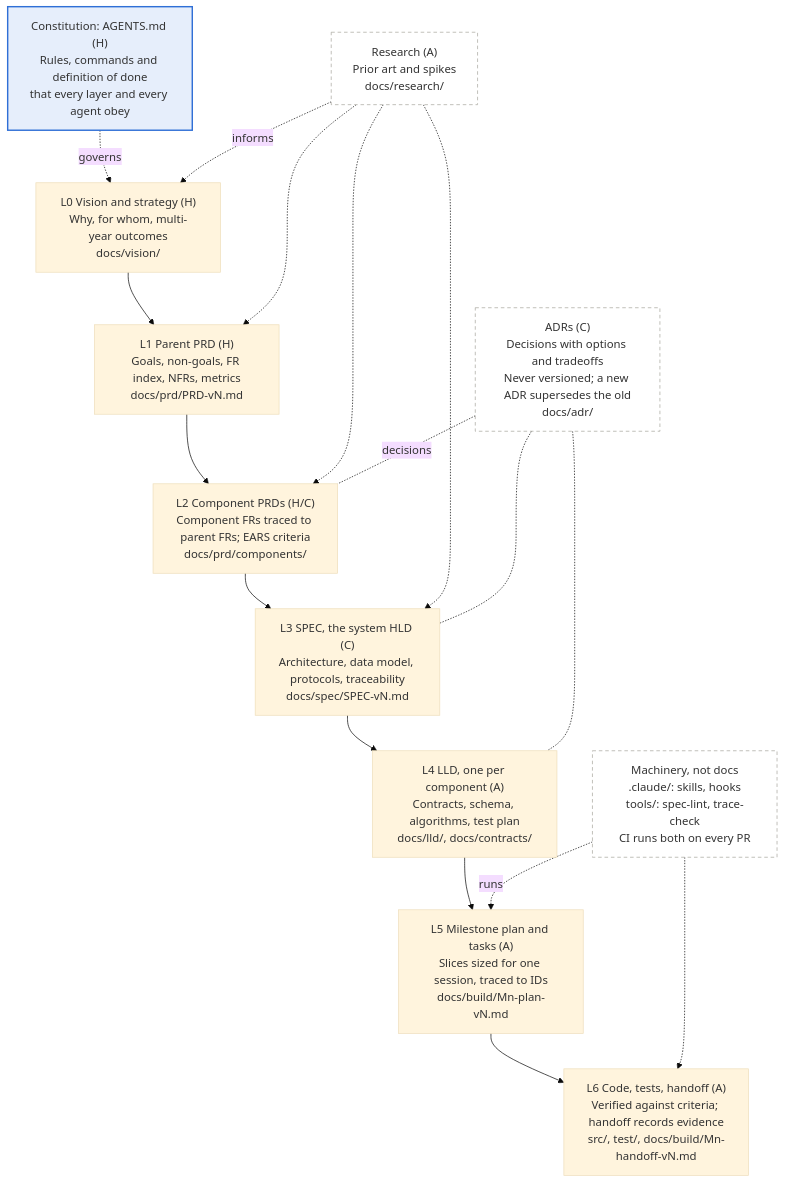
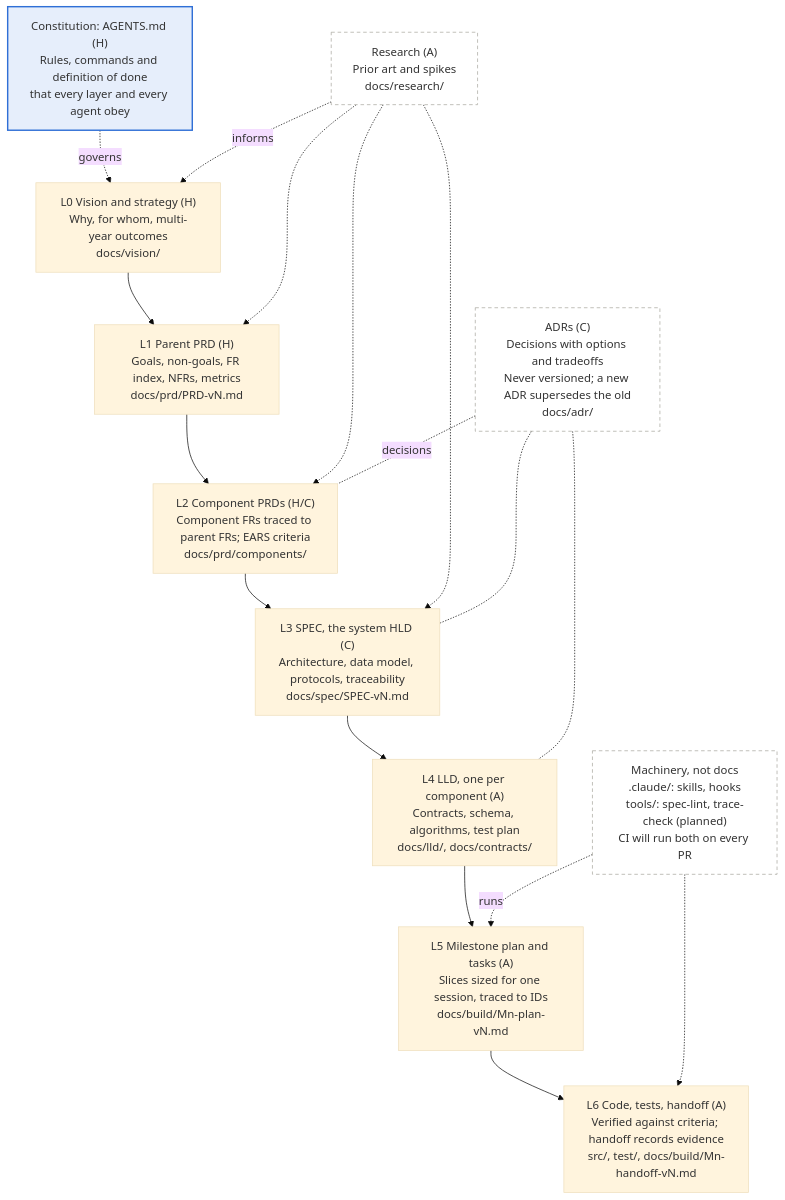
Before and after one commit to kennylhilljr/ctxd: the first of 2 diagrams in docs/standards/spec-driven-development-v1.md, drawn with Mermaid (base theme). The commit also changed other lines of this file and 40 other files, not shown here.

````diff
--- a/docs/standards/spec-driven-development-v1.md
+++ b/docs/standards/spec-driven-development-v1.md
@@ -38,36 +38,36 @@
 ```mermaid
 flowchart TB
     CON["Constitution: AGENTS.md (H)<br/>Rules, commands and definition of done<br/>that every layer and every agent obey"]
 
     L0["L0 Vision and strategy (H)<br/>Why, for whom, multi-year outcomes<br/>docs/vision/"]
     L1["L1 Parent PRD (H)<br/>Goals, non-goals, FR index, NFRs, metrics<br/>docs/prd/PRD-vN.md"]
     L2["L2 Component PRDs (H/C)<br/>Component FRs traced to parent FRs; EARS criteria<br/>docs/prd/components/"]
     L3["L3 SPEC, the system HLD (C)<br/>Architecture, data model, protocols, traceability<br/>docs/spec/SPEC-vN.md"]
     L4["L4 LLD, one per component (A)<br/>Contracts, schema, algorithms, test plan<br/>docs/lld/, docs/contracts/"]
     L5["L5 Milestone plan and tasks (A)<br/>Slices sized for one session, traced to IDs<br/>docs/build/Mn-plan-vN.md"]
     L6["L6 Code, tests, handoff (A)<br/>Verified against criteria; handoff records evidence<br/>src/, test/, docs/build/Mn-handoff-vN.md"]
 
     RES["Research (A)<br/>Prior art and spikes<br/>docs/research/"]
     ADR["ADRs (C)<br/>Decisions with options and tradeoffs<br/>Never versioned; a new ADR supersedes the old<br/>docs/adr/"]
-    MAC["Machinery, not docs<br/>.claude/: skills, hooks<br/>tools/: spec-lint, trace-check<br/>CI runs both on every PR"]
+    MAC["Machinery, not docs<br/>.claude/: skills, hooks<br/>tools/: spec-lint, trace-check (planned)<br/>CI will run both on every PR"]
 
     CON -. governs .-> L0
     L0 --> L1 --> L2 --> L3 --> L4 --> L5 --> L6
 
     RES -. informs .-> L0
     RES -.-> L1
     RES -.-> L2
     RES -.-> L3
 
     ADR -. decisions .- L2
     ADR -.- L3
     ADR -.- L4
 
     MAC -. runs .-> L5
     MAC -.-> L6
 
     classDef human fill:#e6eefb,stroke:#2f6fd6,stroke-width:2px
     classDef side fill:#ffffff,stroke:#a8a69e,stroke-dasharray:5 4
     class CON human
     class RES,ADR,MAC side
 ```
````
